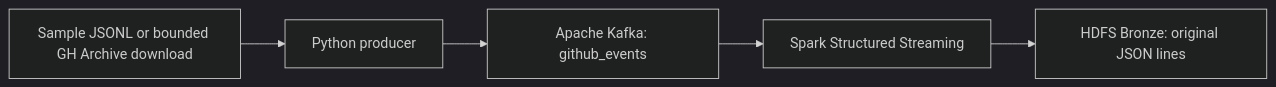
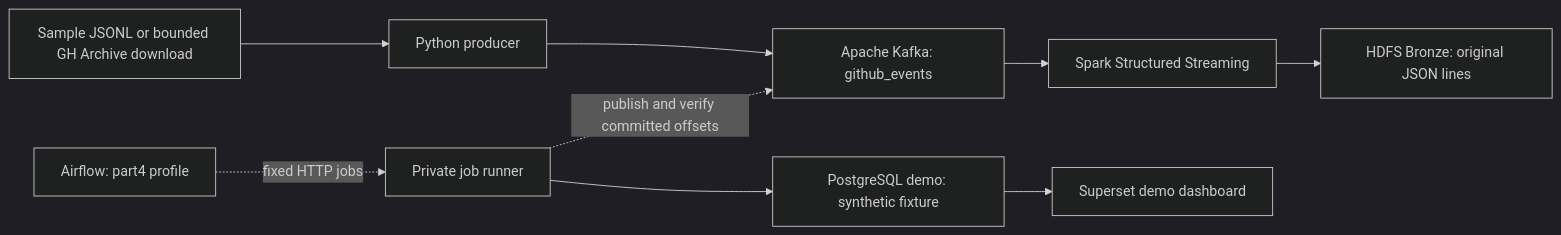
One commit to UssamaRei/github-activity-analytics changed the first of 2 diagrams in docs/architecture.md. Above: the diagram before and after it, drawn with Mermaid (dark theme). The commit also changed other lines of this file and 40 other files, not shown here.

Commit message:
Implement Part 4 Airflow workflows and Superset dashboards

````diff
--- a/docs/architecture.md
+++ b/docs/architecture.md
@@ -5,7 +5,11 @@
 ```mermaid
 flowchart LR
     S[Sample JSONL or bounded GH Archive download] --> P[Python producer]
     P --> K[Apache Kafka: github_events]
     K --> B[Spark Structured Streaming]
     B --> H[HDFS Bronze: original JSON lines]
+    AF[Airflow: part4 profile] -. fixed HTTP jobs .-> R[Private job runner]
+    R -. publish and verify committed offsets .-> K
+    R --> D[PostgreSQL demo: synthetic fixture]
+    D --> SU[Superset demo dashboard]
 ```
````
